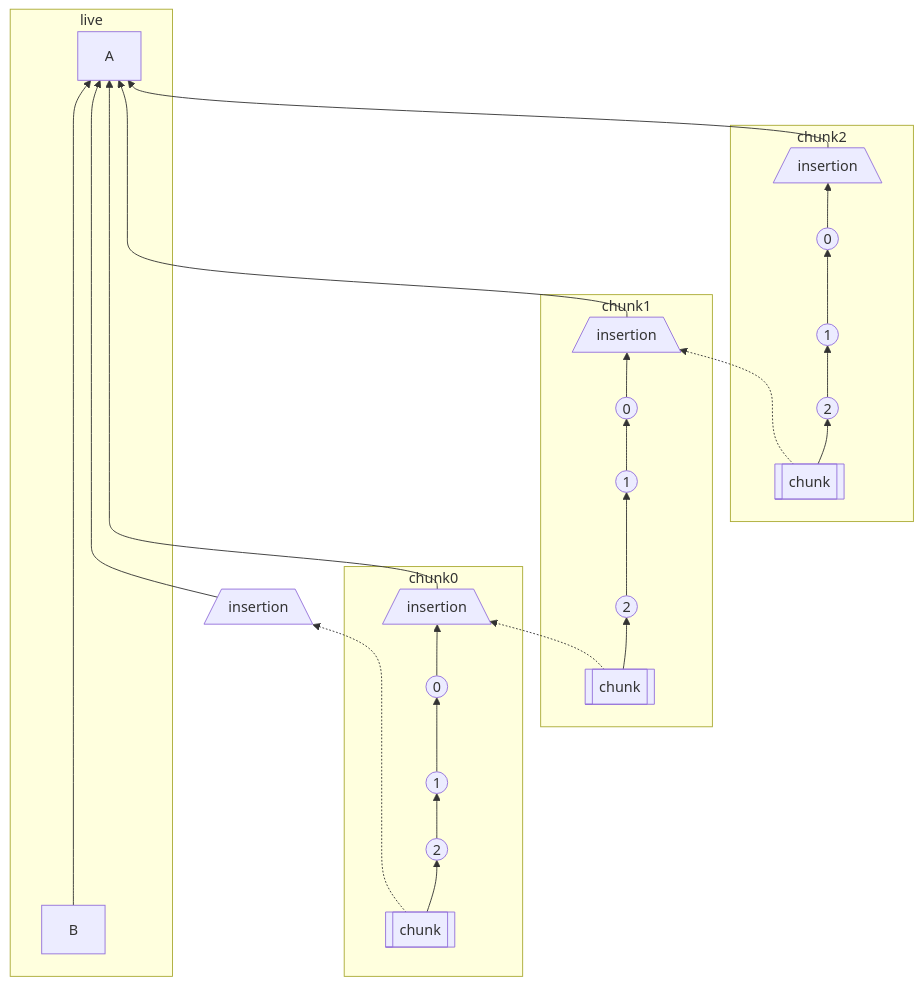
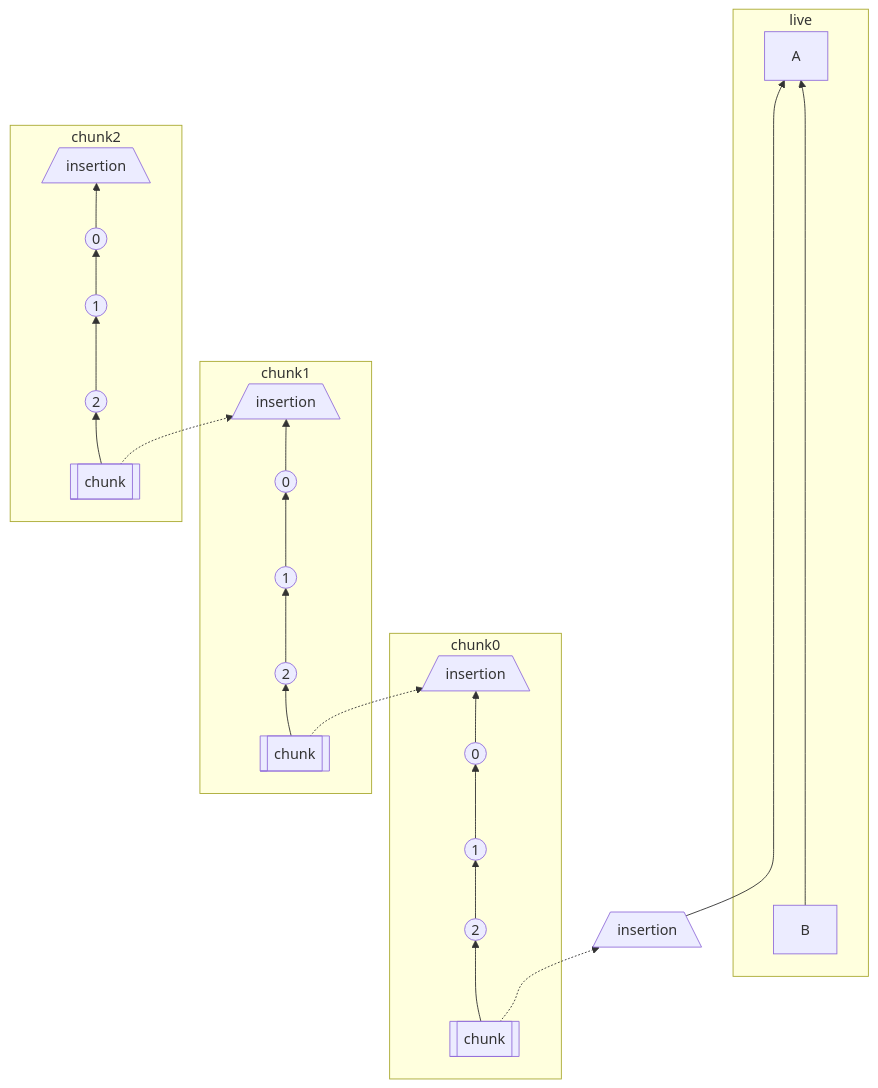
One commit to matrix-org/matrix-spec-proposals changed the second of 3 diagrams in proposals/2716-batch-send-historical-messages.md. Above: the diagram before and after it, drawn with Mermaid. The commit also changed other lines of this file, not shown here.

Commit message:
Only connect the base insertion event to the specified prev_event

````diff
--- a/proposals/2716-batch-send-historical-messages.md
+++ b/proposals/2716-batch-send-historical-messages.md
@@ -108,27 +107,24 @@
 ```mermaid
 flowchart BT
     subgraph live
-        B --------------> A
+        B -----------------> A
     end
     
     subgraph chunk0
         chunk0-chunk[["chunk"]] --> chunk0-2(("2")) --> chunk0-1((1)) --> chunk0-0((0)) --> chunk0-insertion[/insertion\]
     end
 
     subgraph chunk1
         chunk1-chunk[["chunk"]] --> chunk1-2(("2")) --> chunk1-1((1)) --> chunk1-0((0)) --> chunk1-insertion[/insertion\]
     end
     
     subgraph chunk2
         chunk2-chunk[["chunk"]] --> chunk2-2(("2")) --> chunk2-1((1)) --> chunk2-0((0)) --> chunk2-insertion[/insertion\]
     end
 
     
-    chunk0-insertionBase[/insertion\] -------> A
-    chunk0-chunk -.-> chunk0-insertionBase
-    chunk0-insertion -------> A
-    chunk1-insertion --> A
+    chunk0-insertionBase[/insertion\] -------------> A
+    chunk0-chunk -.-> chunk0-insertionBase[/insertion\]
     chunk1-chunk -.-> chunk0-insertion
-    chunk2-insertion --> A
     chunk2-chunk -.-> chunk1-insertion
 ```
````
